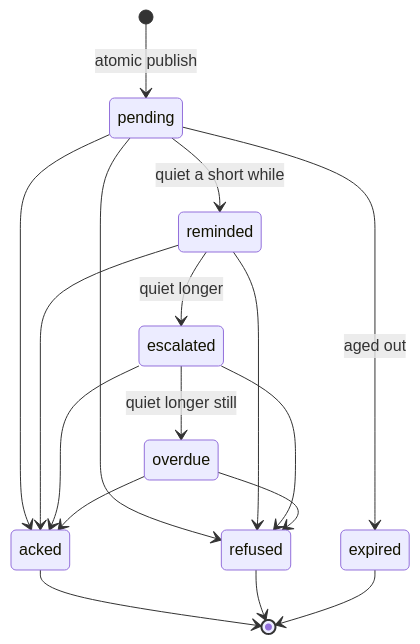
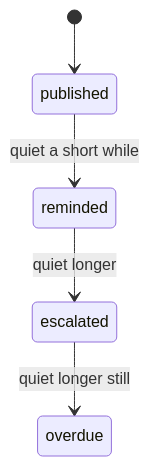
Before and after one commit to infimalabs/spice-rust: the ninth of 19 diagrams in docs/product/model/states.md, drawn with Mermaid. The commit also changed other lines of this file and 71 other files, not shown here.

````diff
--- a/docs/product/model/states.md
+++ b/docs/product/model/states.md
@@ -134,19 +215,7 @@
 ```mermaid
 stateDiagram-v2
-  [*] --> pending: atomic publish
-  pending --> reminded: quiet a short while
+  [*] --> published
+  published --> reminded: quiet a short while
   reminded --> escalated: quiet longer
   escalated --> overdue: quiet longer still
-  pending --> acked
-  pending --> refused
-  reminded --> acked
-  escalated --> acked
-  overdue --> acked
-  reminded --> refused
-  escalated --> refused
-  overdue --> refused
-  pending --> expired: aged out
-  acked --> [*]
-  refused --> [*]
-  expired --> [*]
 ```
````
